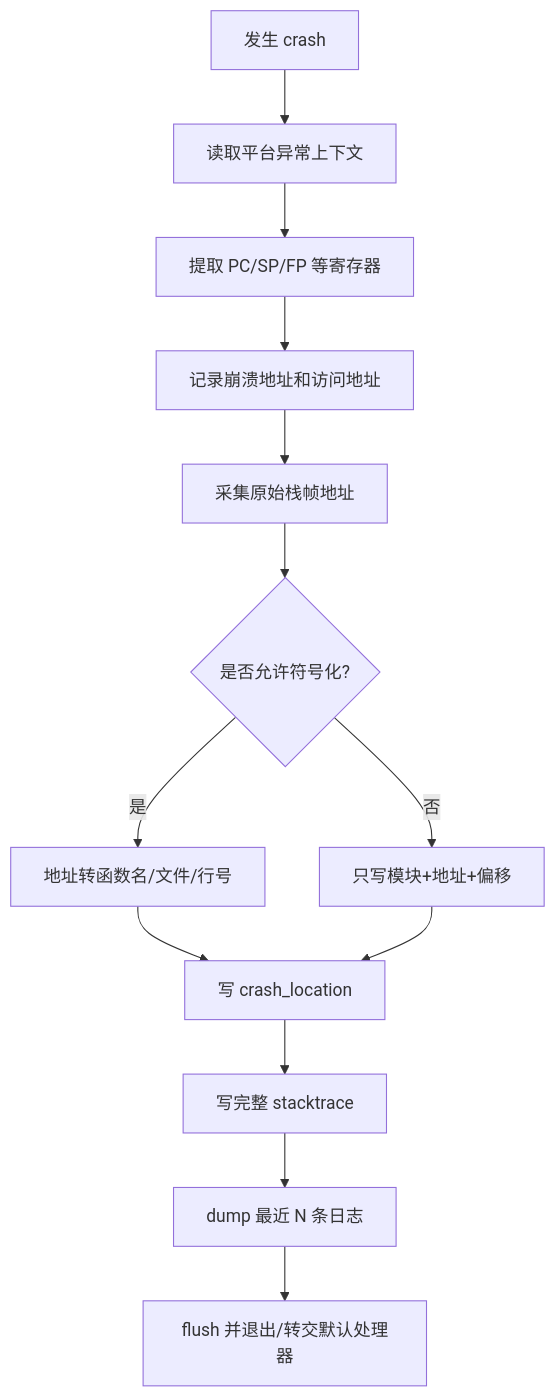
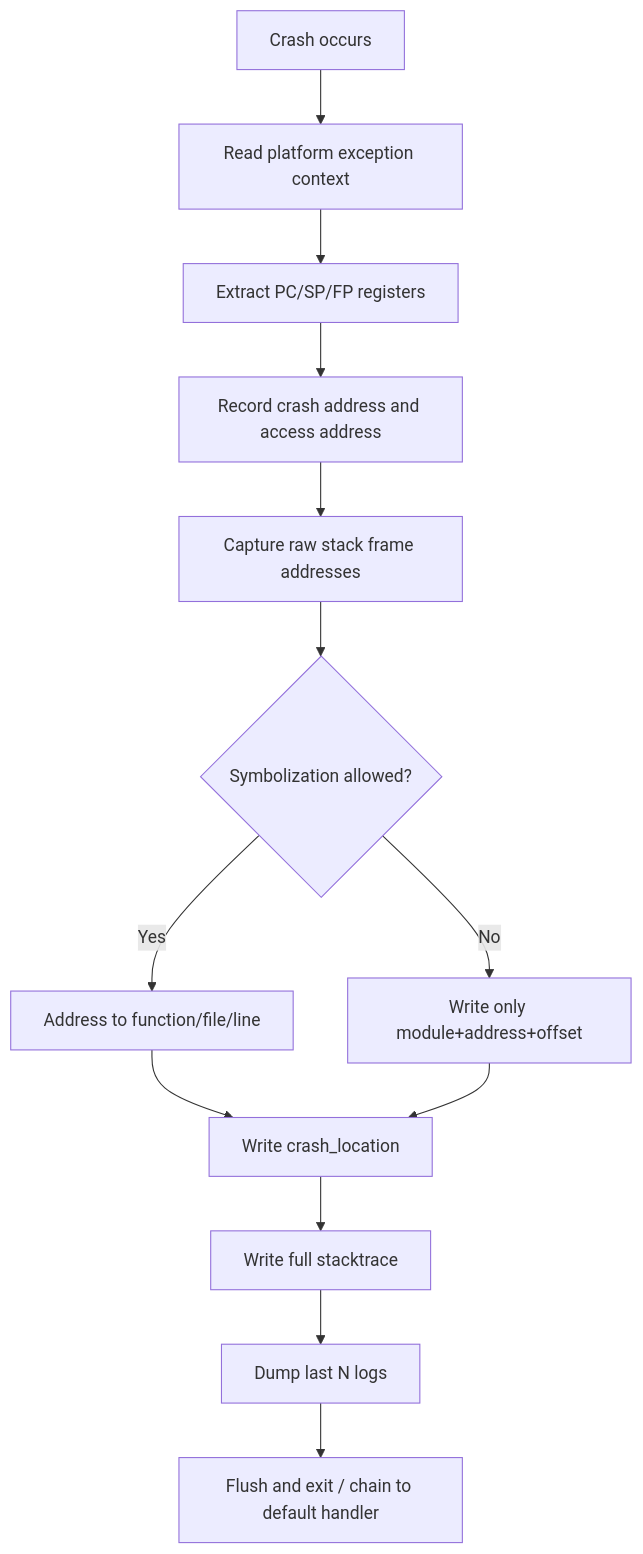
One commit to HuangX666/hx_clog changed the eighth of 12 diagrams in README.md. Above: the diagram before and after it, drawn with Mermaid. The commit also changed other lines of this file and 9 other files, not shown here.

````diff
--- a/README.md
+++ b/README.md
@@ -762,15 +765,15 @@
 ```mermaid
 flowchart TD
-    A["发生 crash"] --> B["读取平台异常上下文"]
-    B --> C["提取 PC/SP/FP 等寄存器"]
-    C --> D["记录崩溃地址和访问地址"]
-    D --> E["采集原始栈帧地址"]
-    E --> F{"是否允许符号化?"}
-    F -->|是| G["地址转函数名/文件/行号"]
-    F -->|否| H["只写模块+地址+偏移"]
-    G --> I["写 crash_location"]
+    A["Crash occurs"] --> B["Read platform exception context"]
+    B --> C["Extract PC/SP/FP registers"]
+    C --> D["Record crash address and access address"]
+    D --> E["Capture raw stack frame addresses"]
+    E --> F{"Symbolization allowed?"}
+    F -->|Yes| G["Address to function/file/line"]
+    F -->|No| H["Write only module+address+offset"]
+    G --> I["Write crash_location"]
     H --> I
-    I --> J["写完整 stacktrace"]
-    J --> K["dump 最近 N 条日志"]
-    K --> L["flush 并退出/转交默认处理器"]
+    I --> J["Write full stacktrace"]
+    J --> K["Dump last N logs"]
+    K --> L["Flush and exit / chain to default handler"]
 ```
````
